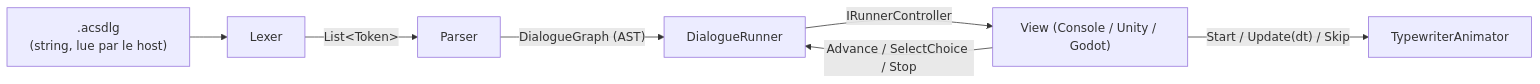
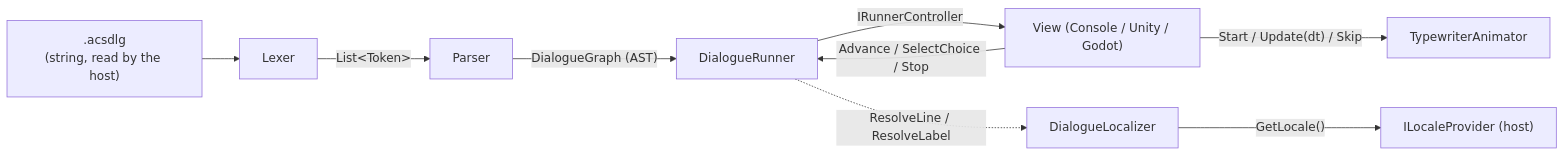
Before and after one commit to EliottChen/acs-dialogue-core: the first of 3 diagrams in docs/ACSDlg_UML_Core.md, drawn with Mermaid. The commit also changed other lines of this file and 5 other files, not shown here.

````diff
--- a/docs/ACSDlg_UML_Core.md
+++ b/docs/ACSDlg_UML_Core.md
@@ -8,9 +8,11 @@
 ```mermaid
 flowchart LR
-    SRC[".acsdlg<br/>(string, lue par le host)"] --> LEX[Lexer]
+    SRC[".acsdlg<br/>(string, read by the host)"] --> LEX[Lexer]
     LEX -- "List&lt;Token&gt;" --> PAR[Parser]
     PAR -- "DialogueGraph (AST)" --> RUN[DialogueRunner]
     RUN -- "IRunnerController" --> VIEW["View (Console / Unity / Godot)"]
     VIEW -- "Start / Update(dt) / Skip" --> ANIM[TypewriterAnimator]
     VIEW -- "Advance / SelectChoice / Stop" --> RUN
+    RUN -. "ResolveLine / ResolveLabel" .-> LOC[DialogueLocalizer]
+    LOC -- "GetLocale()" --> LP["ILocaleProvider (host)"]
 ```
````
